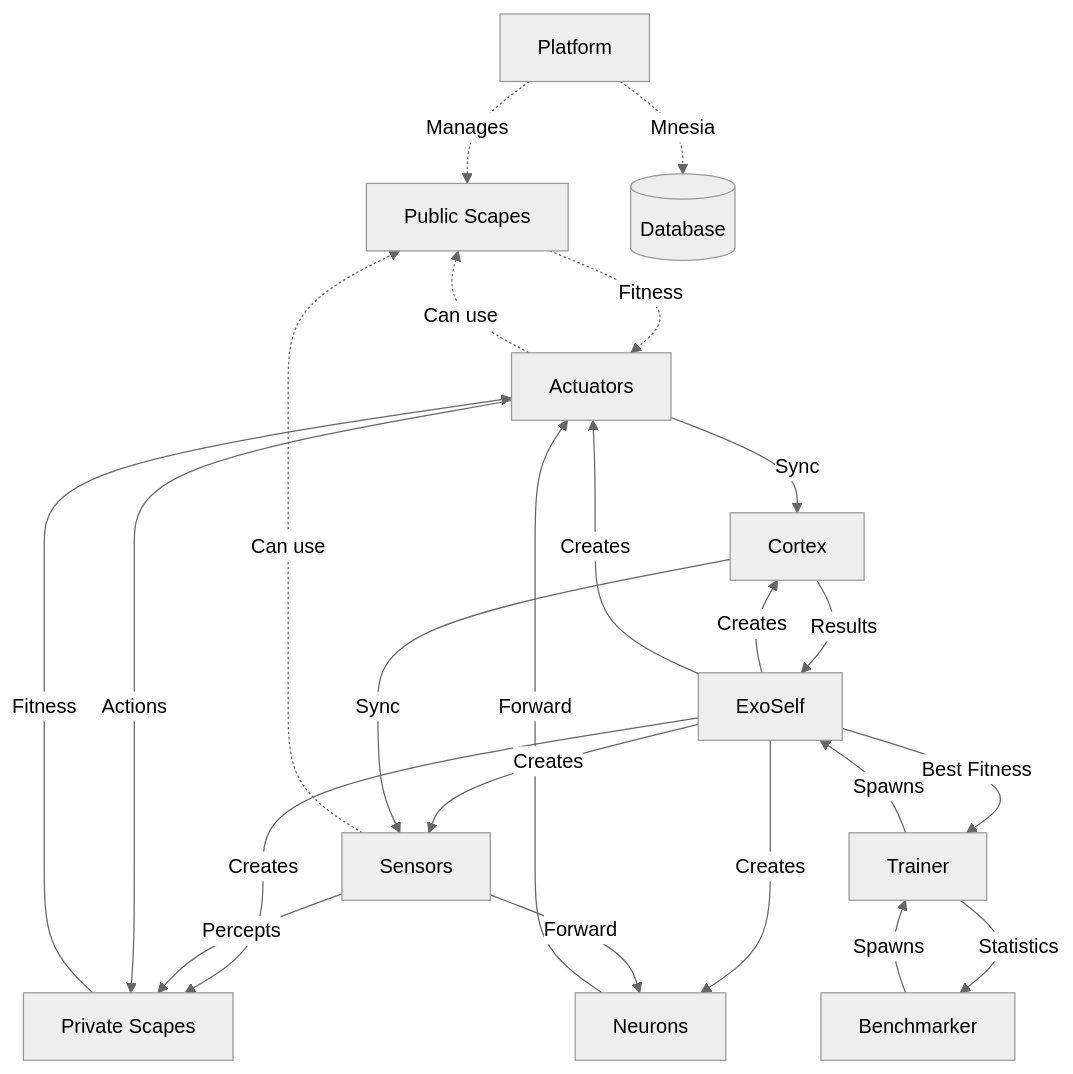
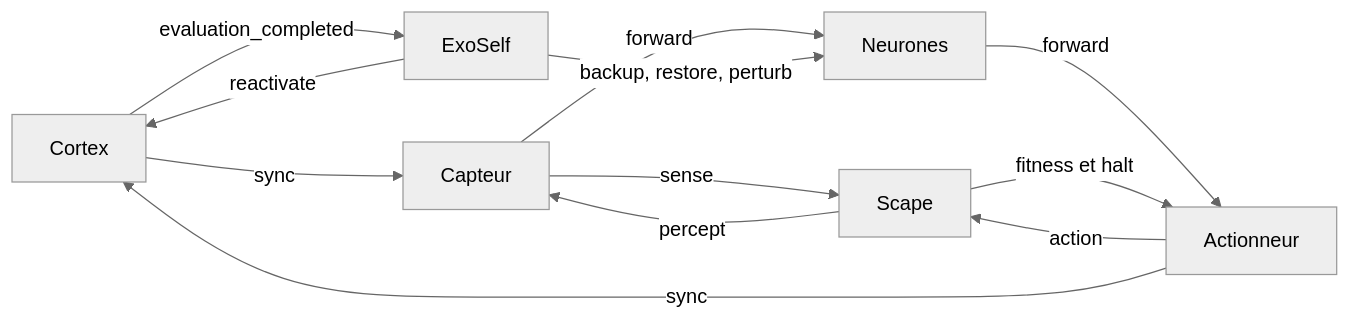
Before and after one commit to Maartz/NN: the diagram in README.md, drawn with Mermaid (neutral theme). The commit also changed other lines of this file, not shown here.

````diff
--- a/README.md
+++ b/README.md
@@ -64,25 +191,14 @@
 ```mermaid
-graph TD
-    P[Platform] -.->|Manages| PSC[Public Scapes]
-    P -.->|Mnesia| DB[(Database)]
-    B[Benchmarker] -->|Spawns| T[Trainer]
-    T -->|Spawns| E[ExoSelf]
-    E -->|Creates| SC[Private Scapes]
-    E -->|Creates| C[Cortex]
-    E -->|Creates| S[Sensors]
-    E -->|Creates| N[Neurons]
-    E -->|Creates| A[Actuators]
-    C -->|Sync| S
-    S -->|Percepts| SC
-    S -.->|Can use| PSC
-    S -->|Forward| N
-    N -->|Forward| A
-    A -->|Actions| SC
-    A -.->|Can use| PSC
-    SC -->|Fitness| A
-    PSC -.->|Fitness| A
-    A -->|Sync| C
-    C -->|Results| E
-    E -->|Best Fitness| T
-    T -->|Statistics| B
+flowchart LR
+    C[Cortex] -->|sync| S[Capteur]
+    S -->|sense| W[Scape]
+    W -->|percept| S
+    S -->|forward| N[Neurones]
+    N -->|forward| A[Actionneur]
+    A -->|action| W
+    W -->|fitness et halt| A
+    A -->|sync| C
+    C -->|evaluation_completed| E[ExoSelf]
+    E -->|backup, restore, perturb| N
+    E -->|reactivate| C
 ```
````
